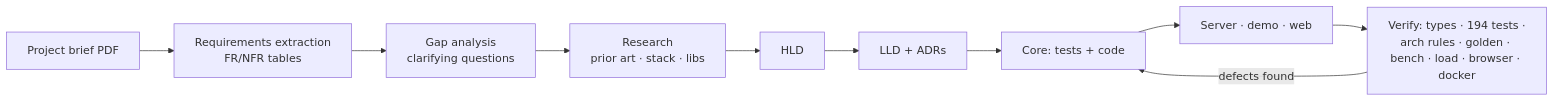
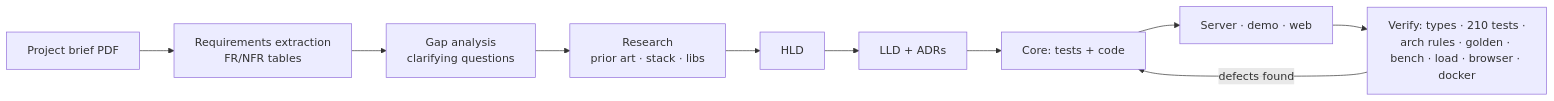
One commit to SarthakB11/gamenotify changed the diagram in docs/ai-process/process.md. Above: the diagram before and after it, drawn with Mermaid. The commit also changed 3 other files, not shown here.

````diff
--- a/docs/ai-process/process.md
+++ b/docs/ai-process/process.md
@@ -7,12 +7,12 @@
 ```mermaid
 flowchart LR
   A[Project brief PDF] --> B[Requirements extraction<br/>FR/NFR tables]
   B --> C[Gap analysis<br/>clarifying questions]
   C --> D[Research<br/>prior art · stack · libs]
   D --> E[HLD]
   E --> F[LLD + ADRs]
   F --> G[Core: tests + code]
   G --> H[Server · demo · web]
-  H --> I[Verify: types · 194 tests ·<br/>arch rules · golden · bench · load · browser · docker]
+  H --> I[Verify: types · 210 tests ·<br/>arch rules · golden · bench · load · browser · docker]
   I -->|defects found| G
 ```
````
